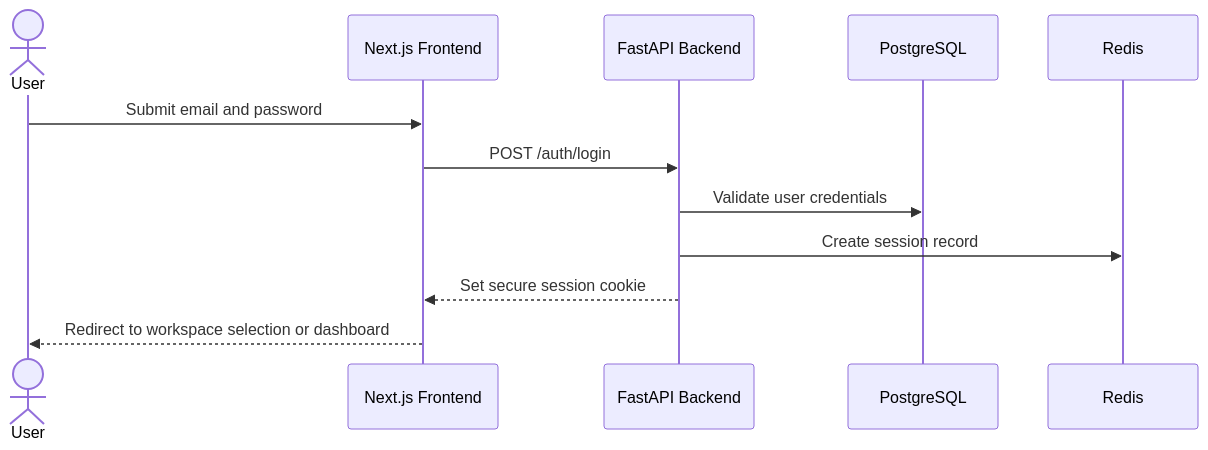
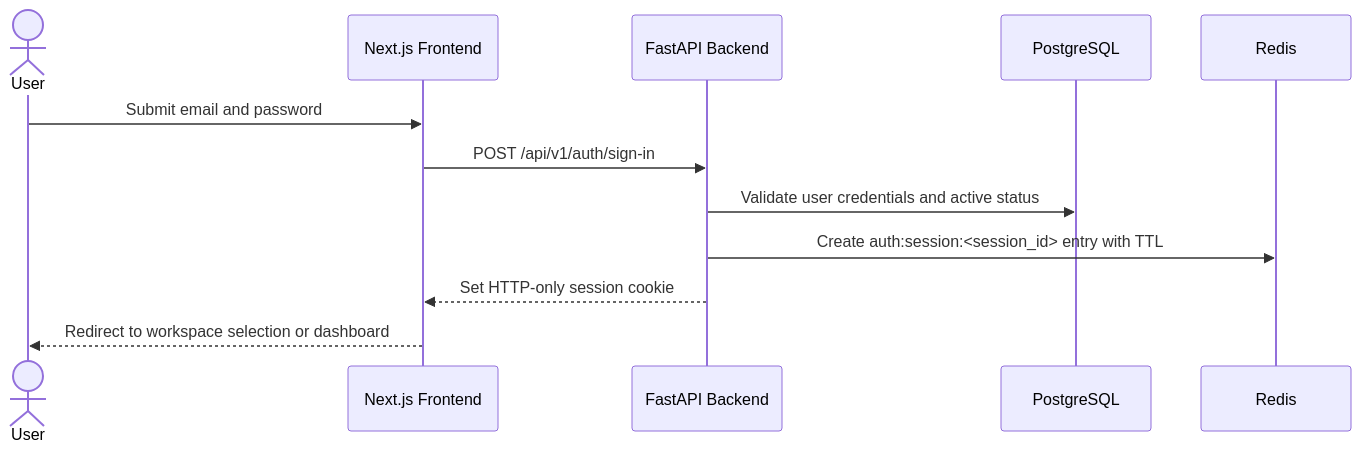
Before and after one commit to creep1ng/shared-expenses-tracking: the second of 10 diagrams in docs/architecture/runtime-flows.md, drawn with Mermaid. The commit also changed other lines of this file and 45 other files, not shown here.

````diff
--- a/docs/architecture/runtime-flows.md
+++ b/docs/architecture/runtime-flows.md
@@ -11,15 +29,15 @@
 ```mermaid
 sequenceDiagram
     actor User
     participant Frontend as Next.js Frontend
     participant Backend as FastAPI Backend
     participant DB as PostgreSQL
     participant Redis as Redis
 
     User->>Frontend: Submit email and password
-    Frontend->>Backend: POST /auth/login
-    Backend->>DB: Validate user credentials
-    Backend->>Redis: Create session record
-    Backend-->>Frontend: Set secure session cookie
+    Frontend->>Backend: POST /api/v1/auth/sign-in
+    Backend->>DB: Validate user credentials and active status
+    Backend->>Redis: Create auth:session:<session_id> entry with TTL
+    Backend-->>Frontend: Set HTTP-only session cookie
     Frontend-->>User: Redirect to workspace selection or dashboard
 ```
````
